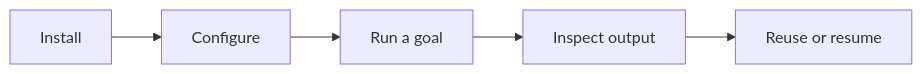
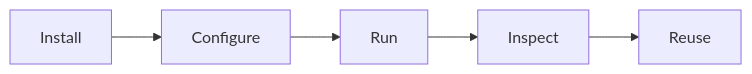
Before and after one commit to Strategic-Automation/arachne: the first of 4 diagrams in docs/tutorials/getting-started.md, drawn with Mermaid. The commit also changed other lines of this file and 2 other files, not shown here.

Commit message:
docs: simplify Mermaid diagrams for GitHub rendering

````diff
--- a/docs/tutorials/getting-started.md
+++ b/docs/tutorials/getting-started.md
@@ -7,7 +7,12 @@
 ```mermaid
-flowchart LR
-    A[Install] --> B[Configure]
-    B --> C[Run a goal]
-    C --> D[Inspect output]
-    D --> E[Reuse or resume]
+graph LR
+    A[Install]
+    B[Configure]
+    C[Run]
+    D[Inspect]
+    E[Reuse]
+    A --> B
+    B --> C
+    C --> D
+    D --> E
 ```
````
